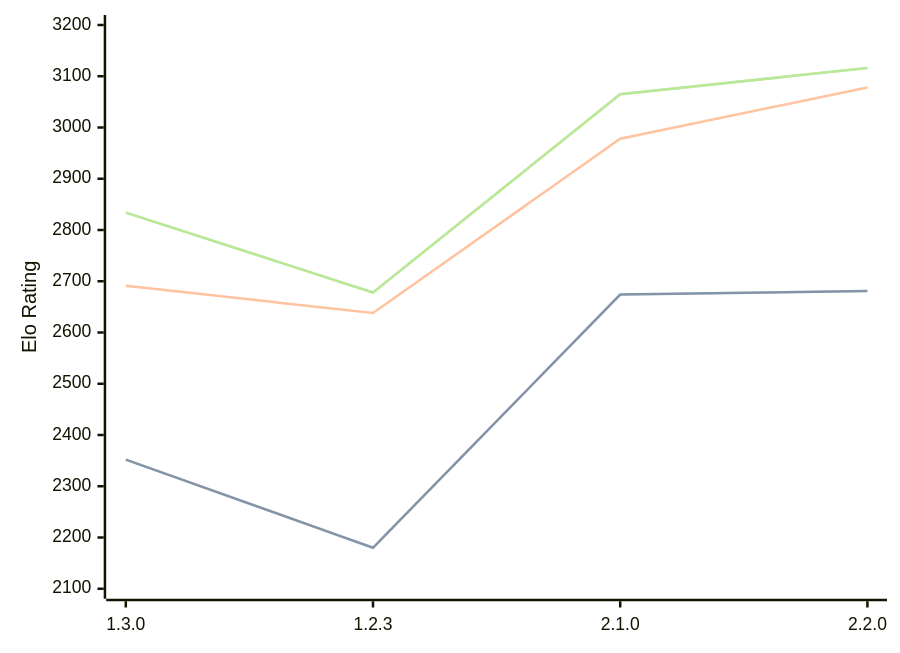
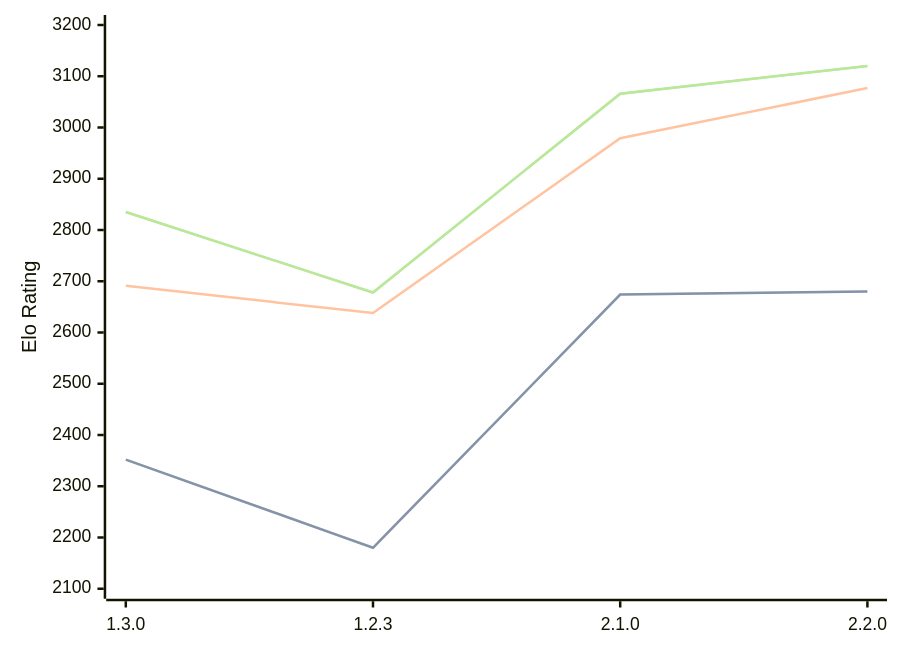
Before and after one commit to computer-chess-index/cci: the diagram in engines/Aspen.md, drawn with Mermaid. The commit also changed other lines of this file, not shown here.

Commit message:
Update CCI Ratings (ELO VLTC) - 2026-07-31

````diff
--- a/engines/Aspen.md
+++ b/engines/Aspen.md
@@ -43,11 +43,11 @@
 ```mermaid
 %%{init: {"theme":"base","themeVariables":{"seriesColors:['#a3a3a3','#222221','#faa371']}}}%%
 xychart-beta
   x-axis ["1.3.0", "1.2.3", "2.1.0", "2.2.0"]
   y-axis "Elo Rating" 2100 --> 3200
-  line "STC (8.0+0.08s)" [2352, 2180, 2674, 2681]
-  line "STC (8.0+0.08s)" [2352, 2180, 2674, 2681]
-  line "LTC (60.0+0.60s)" [2691, 2638, 2978, 3078]
-  line "VLTC (2m24s+1.12s)" [2834, 2678, 3065, 3116]
-  line "VLTC (2m24s+1.12s)" [2834, 2678, 3065, 3116]
+  line "STC (8.0+0.08s)" [2352, 2180, 2674, 2680]
+  line "STC (8.0+0.08s)" [2352, 2180, 2674, 2680]
+  line "LTC (60.0+0.60s)" [2691, 2638, 2979, 3077]
+  line "VLTC (2m24s+1.12s)" [2835, 2678, 3066, 3120]
+  line "VLTC (2m24s+1.12s)" [2835, 2678, 3066, 3120]
 ```
````
